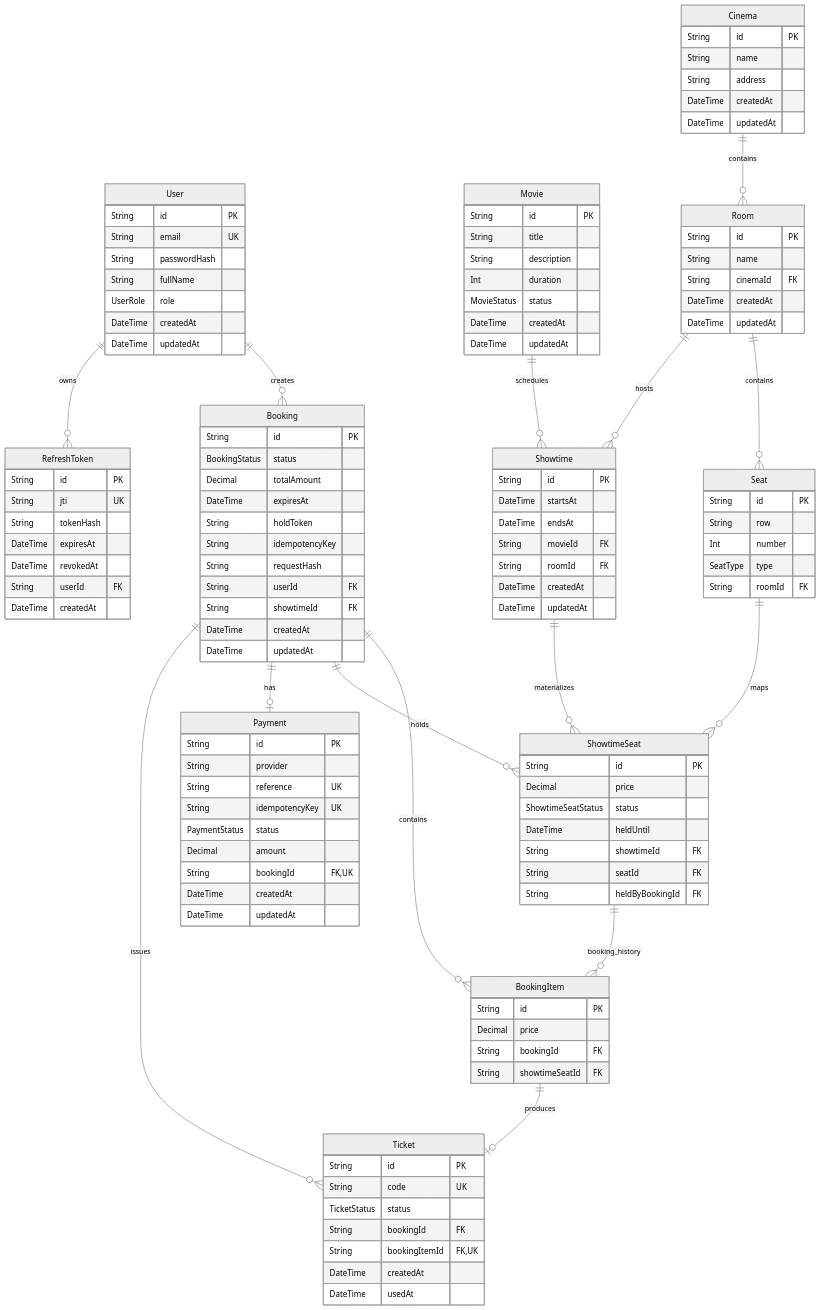
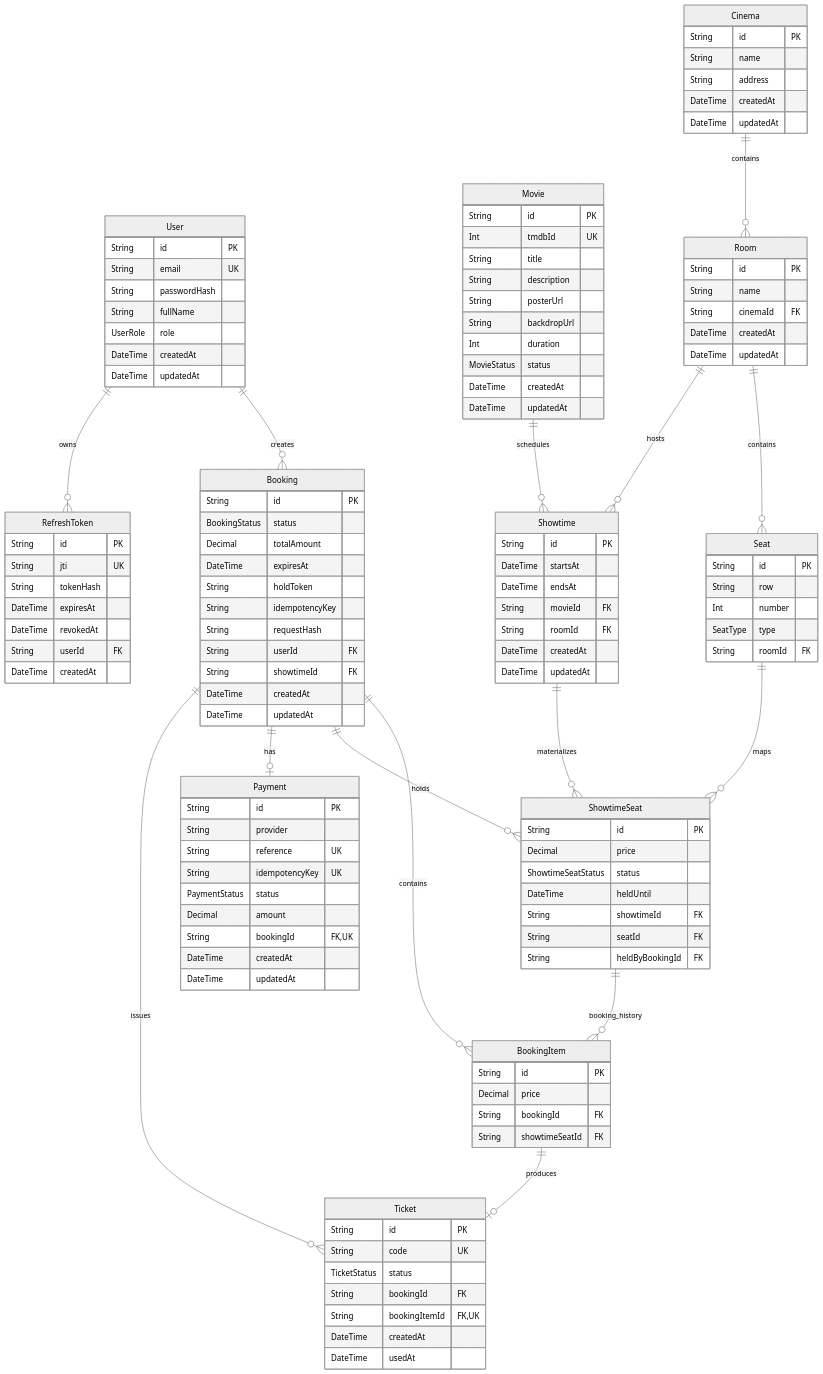
One commit to ThinhLam2404/ticket-booking changed the second of 9 diagrams in docs/SYSTEM_AND_API.md. Above: the diagram before and after it, drawn with Mermaid (neutral theme). The commit also changed other lines of this file and 47 other files, not shown here.

```diff
--- a/docs/SYSTEM_AND_API.md
+++ b/docs/SYSTEM_AND_API.md
@@ -592,8 +607,11 @@
     }
     Movie {
         String id PK
+        Int tmdbId UK
         String title
         String description
+        String posterUrl
+        String backdropUrl
         Int duration
         MovieStatus status
         DateTime createdAt
```
